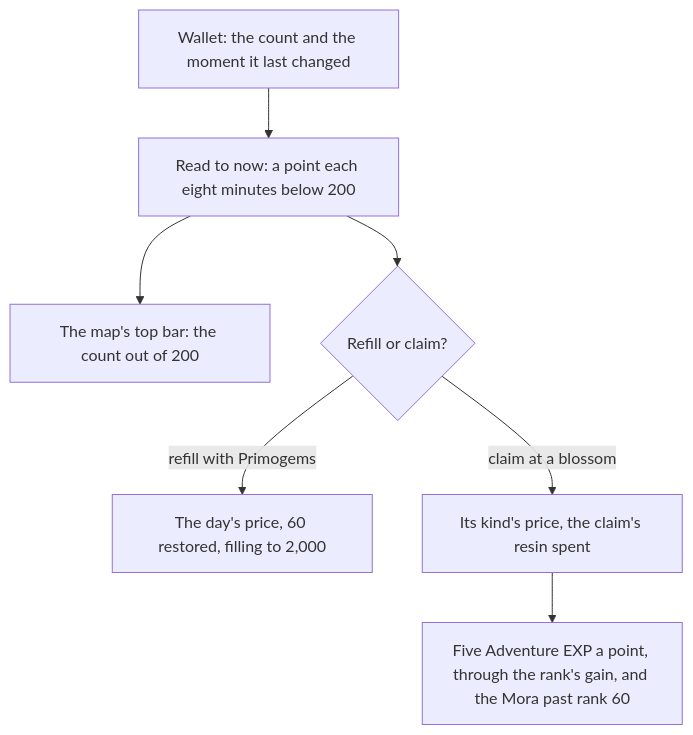
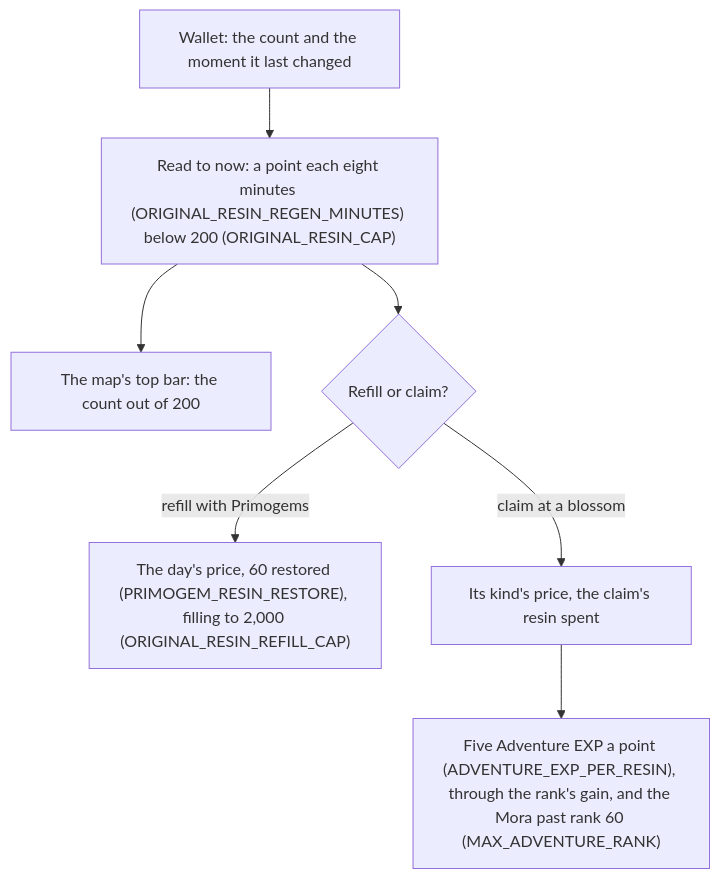
The diagram in openspec/specs/genshin/original-resin/design.md (Esposter/Esposter), drawn with Mermaid before and after one commit. The commit also changed other lines of this file and 12 other files, not shown here.

````diff
--- a/openspec/specs/genshin/original-resin/design.md
+++ b/openspec/specs/genshin/original-resin/design.md
@@ -9,9 +9,9 @@
 ```mermaid
 flowchart TD
-  W["Wallet: the count and the moment it last changed"] --> R["Read to now: a point each eight minutes below 200"]
+  W["Wallet: the count and the moment it last changed"] --> R["Read to now: a point each eight minutes (ORIGINAL_RESIN_REGEN_MINUTES) below 200 (ORIGINAL_RESIN_CAP)"]
   R --> M["The map's top bar: the count out of 200"]
   R --> F{"Refill or claim?"}
-  F -->|"refill with Primogems"| P["The day's price, 60 restored, filling to 2,000"]
+  F -->|"refill with Primogems"| P["The day's price, 60 restored (PRIMOGEM_RESIN_RESTORE), filling to 2,000 (ORIGINAL_RESIN_REFILL_CAP)"]
   F -->|"claim at a blossom"| C["Its kind's price, the claim's resin spent"]
-  C --> X["Five Adventure EXP a point, through the rank's gain, and the Mora past rank 60"]
+  C --> X["Five Adventure EXP a point (ADVENTURE_EXP_PER_RESIN), through the rank's gain, and the Mora past rank 60 (MAX_ADVENTURE_RANK)"]
 ```
````
